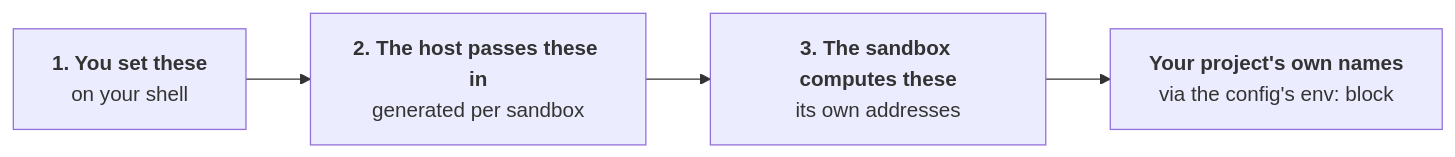
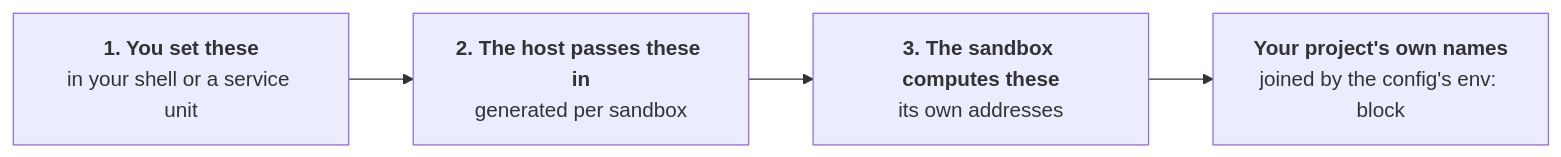
The diagram in docs/reference/environment.md (mattmoran56/sandboxer-core), drawn with Mermaid before and after one commit. The commit also changed other lines of this file and 43 other files, not shown here.

````diff
--- a/docs/reference/environment.md
+++ b/docs/reference/environment.md
@@ -10,6 +9,6 @@
 ```mermaid
 flowchart LR
-  a["<b>1. You set these</b><br/>on your shell"] --> b["<b>2. The host passes these in</b><br/>generated per sandbox"]
+  a["<b>1. You set these</b><br/>in your shell or a service unit"] --> b["<b>2. The host passes these in</b><br/>generated per sandbox"]
   b --> c["<b>3. The sandbox computes these</b><br/>its own addresses"]
-  c --> d["<b>Your project's own names</b><br/>via the config's env: block"]
+  c --> d["<b>Your project's own names</b><br/>joined by the config's env: block"]
 ```
````
